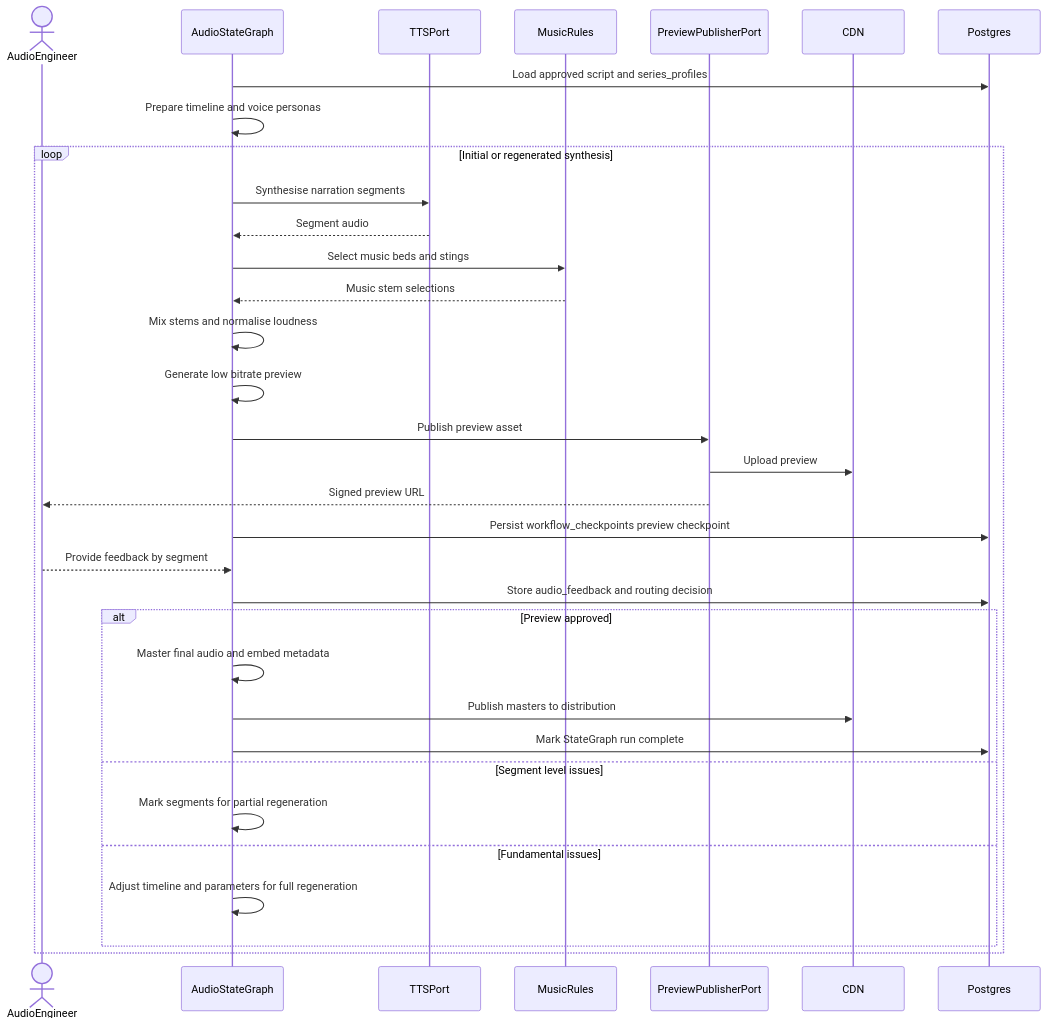
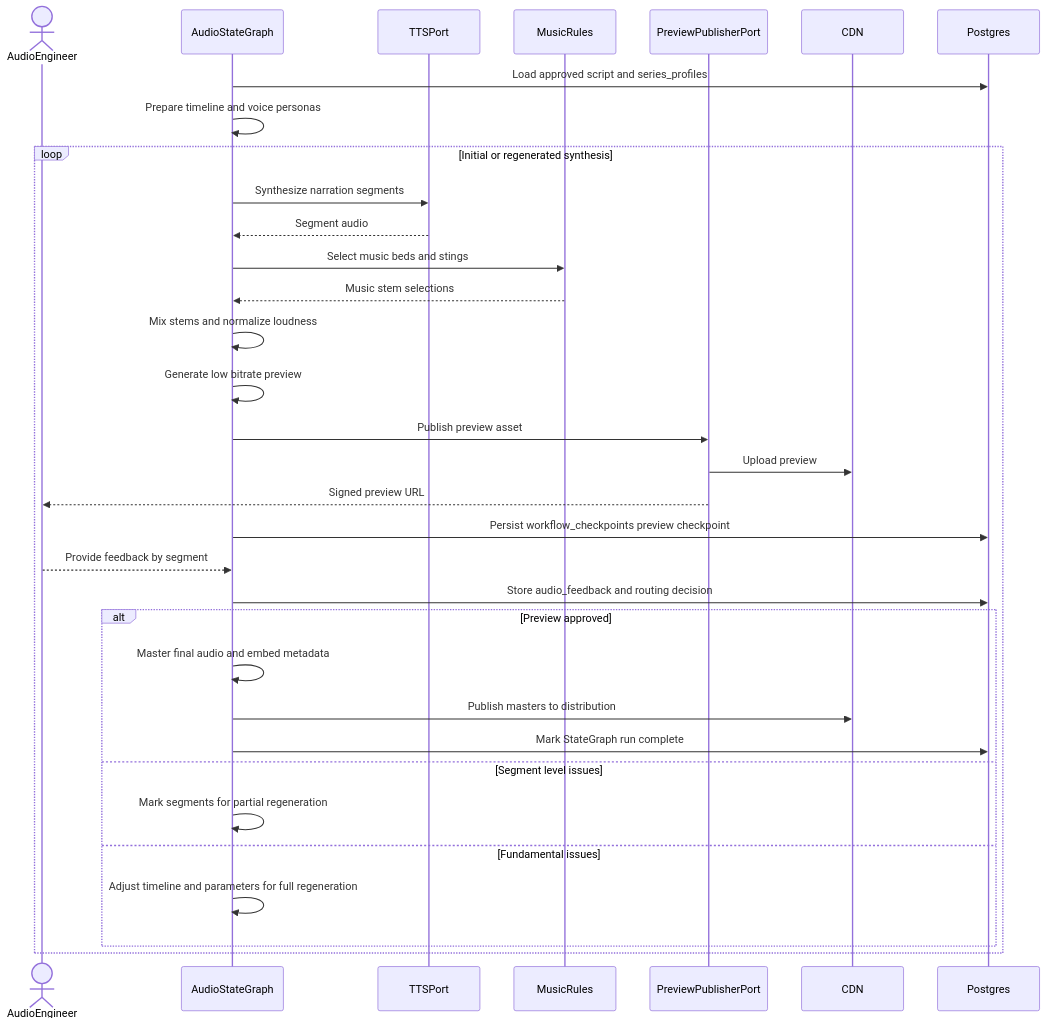
One commit to leynos/episodic changed the fifth of 10 diagrams in docs/episodic-podcast-generation-system-design.md. Above: the diagram before and after it, drawn with Mermaid. The commit also changed other lines of this file and 20 other files, not shown here.

````diff
--- a/docs/episodic-podcast-generation-system-design.md
+++ b/docs/episodic-podcast-generation-system-design.md
@@ -513,43 +513,43 @@
 ```mermaid
 sequenceDiagram
     actor AudioEngineer
     participant AudioStateGraph
     participant TTSPort
     participant MusicRules
     participant PreviewPublisherPort
     participant CDN
     participant Postgres
 
     AudioStateGraph->>Postgres: Load approved script and series_profiles
     AudioStateGraph->>AudioStateGraph: Prepare timeline and voice personas
 
     loop Initial or regenerated synthesis
-        AudioStateGraph->>TTSPort: Synthesise narration segments
+        AudioStateGraph->>TTSPort: Synthesize narration segments
         TTSPort-->>AudioStateGraph: Segment audio
 
         AudioStateGraph->>MusicRules: Select music beds and stings
         MusicRules-->>AudioStateGraph: Music stem selections
 
-        AudioStateGraph->>AudioStateGraph: Mix stems and normalise loudness
+        AudioStateGraph->>AudioStateGraph: Mix stems and normalize loudness
         AudioStateGraph->>AudioStateGraph: Generate low bitrate preview
 
         AudioStateGraph->>PreviewPublisherPort: Publish preview asset
         PreviewPublisherPort->>CDN: Upload preview
         PreviewPublisherPort-->>AudioEngineer: Signed preview URL
 
         AudioStateGraph->>Postgres: Persist workflow_checkpoints preview checkpoint
 
         AudioEngineer-->>AudioStateGraph: Provide feedback by segment
         AudioStateGraph->>Postgres: Store audio_feedback and routing decision
 
         alt Preview approved
             AudioStateGraph->>AudioStateGraph: Master final audio and embed metadata
             AudioStateGraph->>CDN: Publish masters to distribution
             AudioStateGraph->>Postgres: Mark StateGraph run complete
         else Segment level issues
             AudioStateGraph->>AudioStateGraph: Mark segments for partial regeneration
         else Fundamental issues
             AudioStateGraph->>AudioStateGraph: Adjust timeline and parameters for full regeneration
         end
     end
 ```
````
